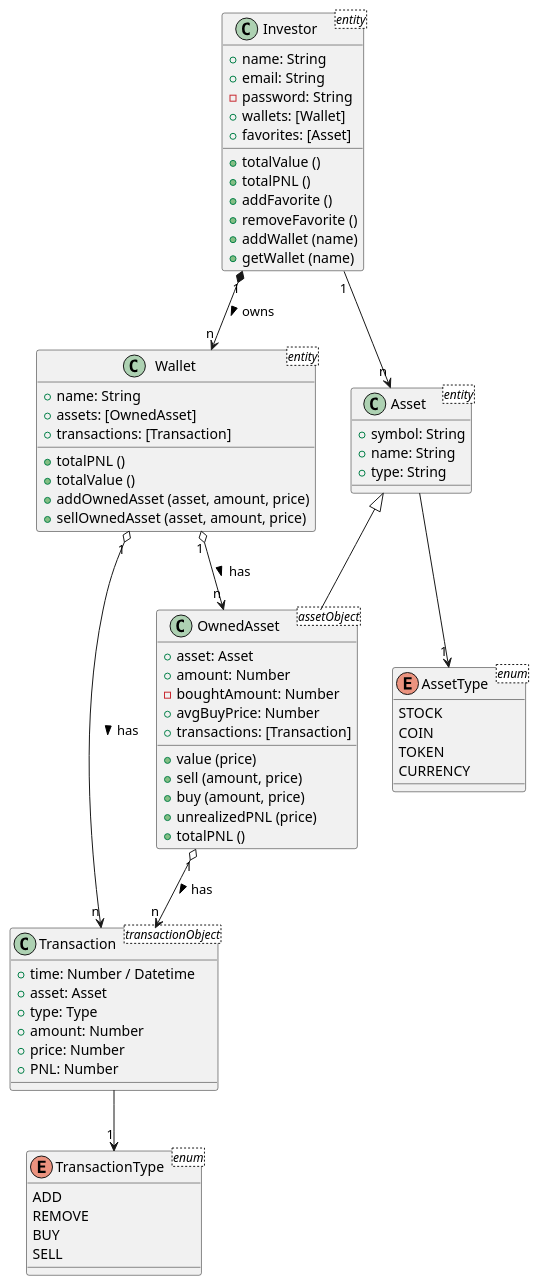
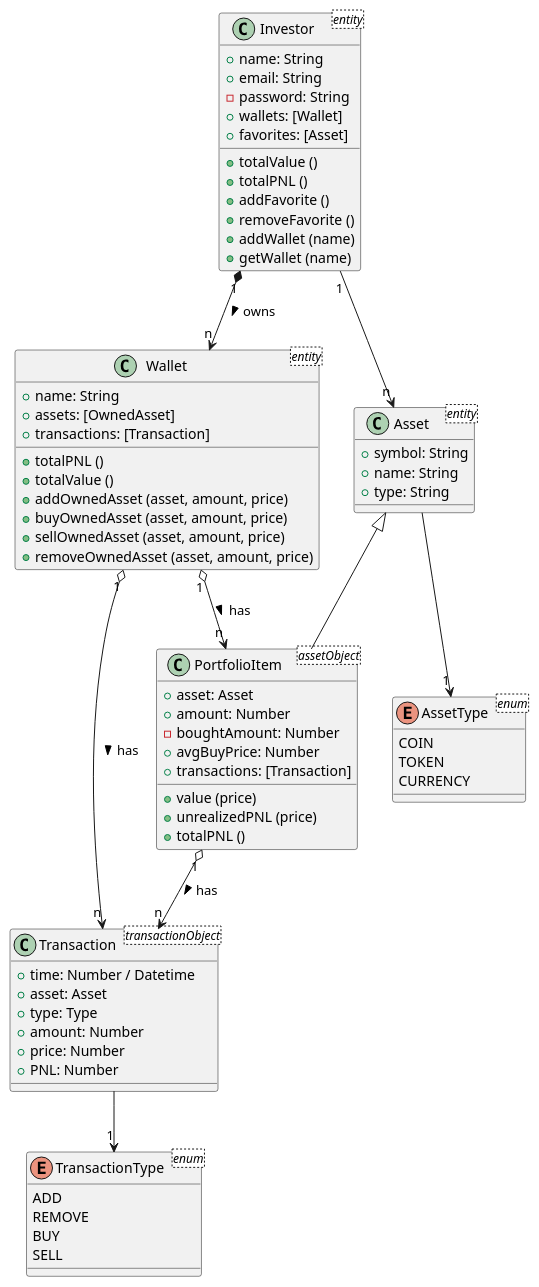
The diagram in class_diagram/class_diagram.puml (urtuba/spot-portfolio-tracker), drawn with PlantUML before and after one commit. The commit also changed 2 other files, not shown here.

Commit message:
Update class diagram
Index js will be updated according to class diagram.

```diff
--- a/class_diagram/class_diagram.puml
+++ b/class_diagram/class_diagram.puml
@@ -1,79 +1,78 @@
 @startuml ClassDiagram
 
 class Investor <entity>{
     + name: String
     + email: String
     - password: String
     + wallets: [Wallet]
     + favorites: [Asset]
     + totalValue ()
     + totalPNL ()
     + addFavorite ()
     + removeFavorite ()
     + addWallet (name)
     + getWallet (name)
 }
 
 class Wallet <entity> {
     + name: String
     + assets: [OwnedAsset]
     + transactions: [Transaction]
     + totalPNL ()
     + totalValue ()
     + addOwnedAsset (asset, amount, price)
+    + buyOwnedAsset (asset, amount, price)
     + sellOwnedAsset (asset, amount, price)
+    + removeOwnedAsset (asset, amount, price)
 }
 
 class Asset <entity> {
     + symbol: String
     + name: String
     + type: String
 }
 
-class OwnedAsset <assetObject> {
+class PortfolioItem <assetObject> {
     + asset: Asset
     + amount: Number
     - boughtAmount: Number
     + avgBuyPrice: Number
     + transactions: [Transaction]
     + value (price)
-    + sell (amount, price)
-    + buy (amount, price)
     + unrealizedPNL (price)
     + totalPNL ()
 }
 
 class Transaction <transactionObject> {
     + time: Number / Datetime
     + asset: Asset
     + type: Type
     + amount: Number
     + price: Number
     + PNL: Number
 }
 
 enum AssetType <enum> {
-    STOCK
     COIN
     TOKEN
     CURRENCY
 }
 
 enum TransactionType <enum> {
     ADD
     REMOVE
     BUY
     SELL
 }
 
-Wallet "n" <-UP-* "1" Investor:  owns <
-Asset <|-- OwnedAsset
-OwnedAsset "1" o--> "n" Transaction: has >
+Wallet "n" <-UP-* "1" Investor: owns <
+Asset <|-- PortfolioItem
+PortfolioItem "1" o--> "n" Transaction: has >
 Wallet "1" o--> "n" Transaction: has >
-Wallet "1" o--> "n" OwnedAsset: has >
+Wallet "1" o--> "n" PortfolioItem: has >
 Asset  --> "1" AssetType
 Transaction --> "1" TransactionType
 Investor "1" --> "n" Asset
 
 
 @enduml
```
